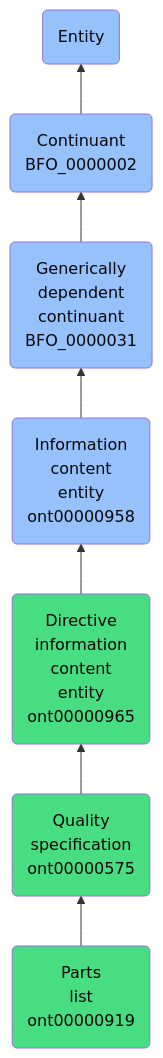
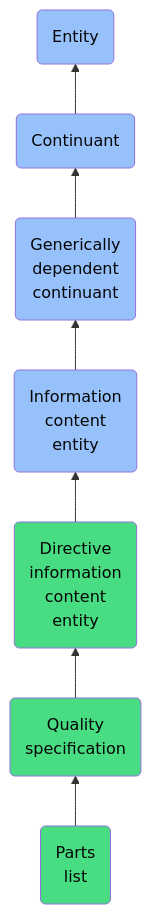
The diagram in docs/ontology/reference/model/Entity/Continuant/Generically dependent continuant/Information content entity/Directive information content entity/Quality specification/Parts list/Parts list.md (jupyter-naas/abi), drawn with Mermaid before and after one commit. The commit also changed other lines of this file and 1430 other files, not shown here.

````diff
--- a/docs/ontology/reference/model/Entity/Continuant/Generically dependent continuant/Information content entity/Directive information content entity/Quality specification/Parts list/Parts list.md
+++ b/docs/ontology/reference/model/Entity/Continuant/Generically dependent continuant/Information content entity/Directive information content entity/Quality specification/Parts list/Parts list.md
@@ -24,14 +24,14 @@
 ```mermaid
 graph BT
-    ont00000919(Parts<br>list<br>ont00000919):::ABI-->ont00000575
-    ont00000575(Quality<br>specification<br>ont00000575):::ABI-->ont00000965
-    ont00000965(Directive<br>information<br>content<br>entity<br>ont00000965):::ABI-->ont00000958
-    ont00000958(Information<br>content<br>entity<br>ont00000958):::BFO-->BFO_0000031
-    BFO_0000031(Generically<br>dependent<br>continuant<br>BFO_0000031):::BFO-->BFO_0000002
-    BFO_0000002(Continuant<br>BFO_0000002):::BFO-->BFO_0000001
+    ont00000919(Parts<br>list):::ABI-->ont00000575
+    ont00000575(Quality<br>specification):::ABI-->ont00000965
+    ont00000965(Directive<br>information<br>content<br>entity):::ABI-->ont00000958
+    ont00000958(Information<br>content<br>entity):::BFO-->BFO_0000031
+    BFO_0000031(Generically<br>dependent<br>continuant):::BFO-->BFO_0000002
+    BFO_0000002(Continuant):::BFO-->BFO_0000001
     BFO_0000001(Entity):::BFO
     
     classDef BFO fill:#97c1fb,color:#060606
     classDef CCO fill:#e4c51e,color:#060606
     classDef ABI fill:#48DD82,color:#060606
 ```
````
